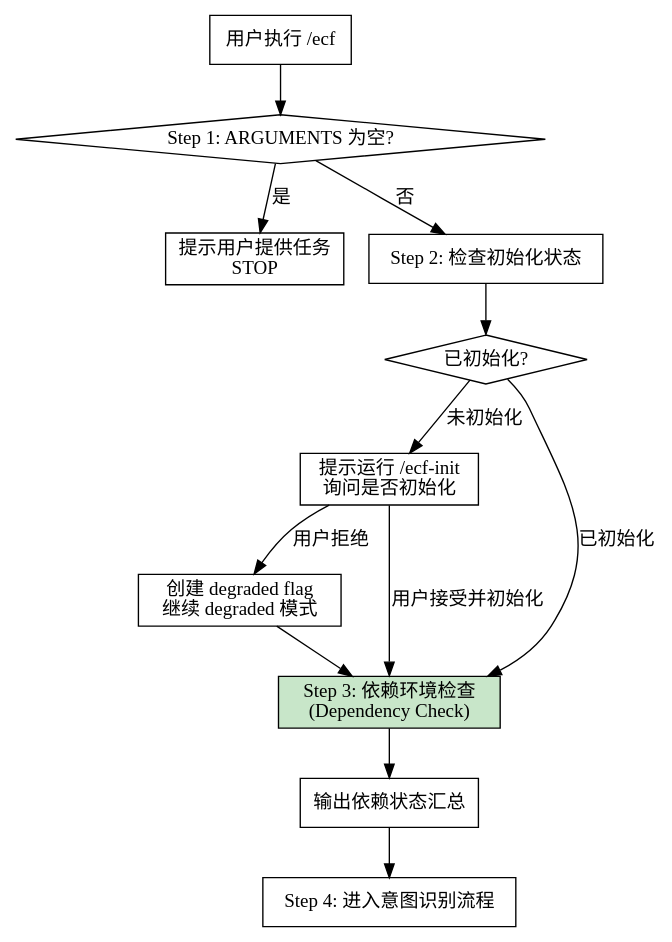
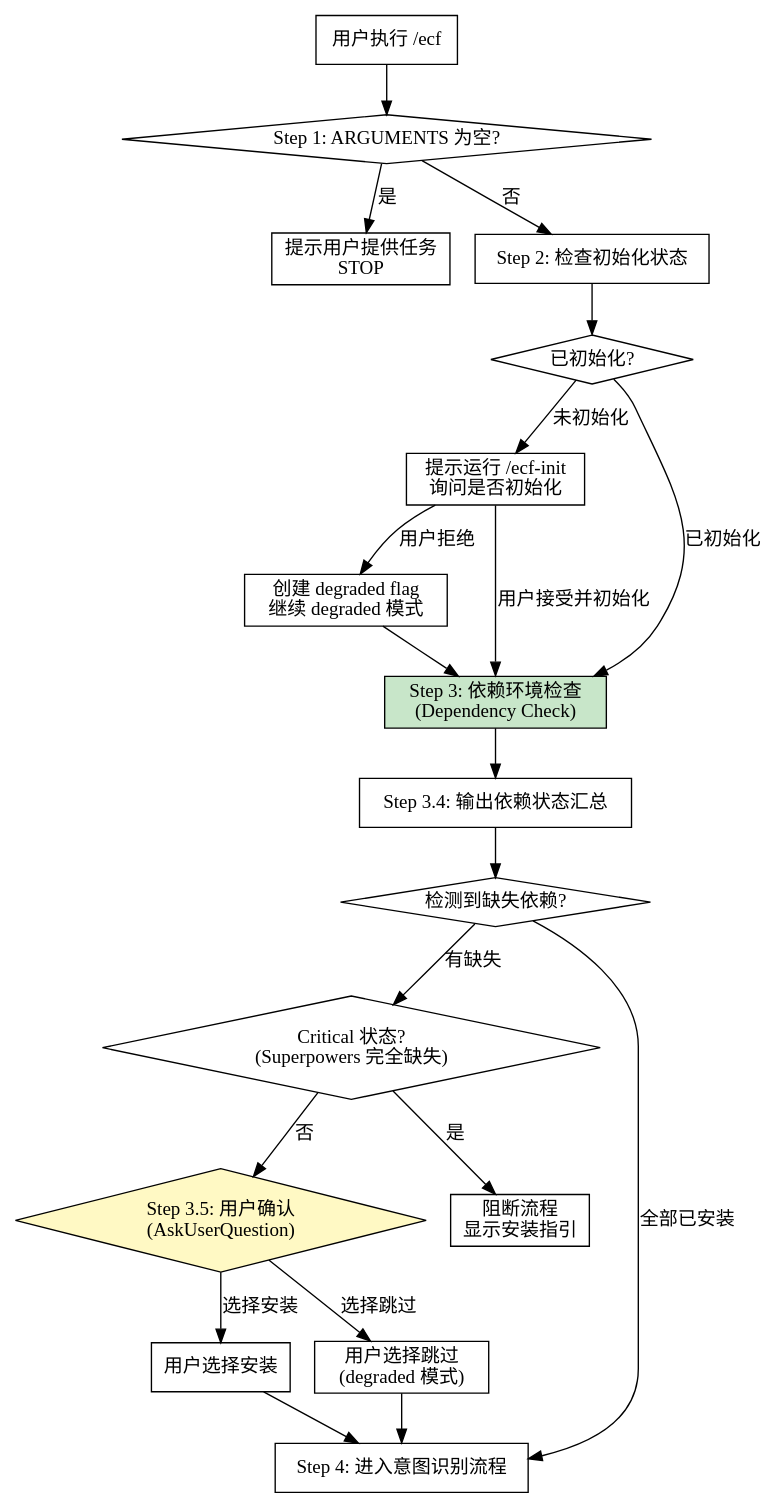
Before and after one commit to kiraxu2011/EasyCodingFlow: the first of 2 diagrams in skills/ecf-workspace/iteration-1/skill-snapshot/SKILL.md, drawn with Graphviz. The commit also changed other lines of this file and 73 other files, not shown here.

````diff
--- a/skills/ecf-workspace/iteration-1/skill-snapshot/SKILL.md
+++ b/skills/ecf-workspace/iteration-1/skill-snapshot/SKILL.md
@@ -24,28 +24,42 @@
 ```dot
 digraph preflight {
     rankdir=TB;
     start [label="用户执行 /ecf", shape=box];
     empty [label="Step 1: ARGUMENTS 为空?", shape=diamond];
     prompt_input [label="提示用户提供任务\nSTOP", shape=box];
     init_check [label="Step 2: 检查初始化状态", shape=box];
     initialized [label="已初始化?", shape=diamond];
     prompt_init [label="提示运行 /ecf-init\n询问是否初始化", shape=box];
     degraded [label="创建 degraded flag\n继续 degraded 模式", shape=box];
     dep_check [label="Step 3: 依赖环境检查\n(Dependency Check)", shape=box, fillcolor="#C8E6C9", style=filled];
-    summary [label="输出依赖状态汇总", shape=box];
+    summary [label="Step 3.4: 输出依赖状态汇总", shape=box];
+    missing [label="检测到缺失依赖?", shape=diamond];
+    confirm [label="Step 3.5: 用户确认\n(AskUserQuestion)", shape=diamond, fillcolor="#FFF9C4", style=filled];
+    install [label="用户选择安装", shape=box];
+    skip [label="用户选择跳过\n(degraded 模式)", shape=box];
+    critical [label="Critical 状态?\n(Superpowers 完全缺失)", shape=diamond];
+    block [label="阻断流程\n显示安装指引", shape=box];
     proceed [label="Step 4: 进入意图识别流程", shape=box];
 
     start -> empty;
     empty -> prompt_input [label="是"];
     empty -> init_check [label="否"];
     init_check -> initialized;
     initialized -> prompt_init [label="未初始化"];
     initialized -> dep_check [label="已初始化"];
     prompt_init -> degraded [label="用户拒绝"];
     prompt_init -> dep_check [label="用户接受并初始化"];
     degraded -> dep_check;
     
     dep_check -> summary;
-    summary -> proceed;
+    summary -> missing;
+    missing -> proceed [label="全部已安装"];
+    missing -> critical [label="有缺失"];
+    critical -> block [label="是"];
+    critical -> confirm [label="否"];
+    confirm -> install [label="选择安装"];
+    confirm -> skip [label="选择跳过"];
+    install -> proceed;
+    skip -> proceed;
 }
 ```
````
